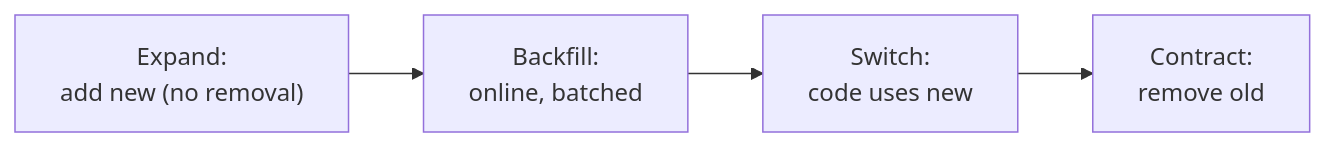
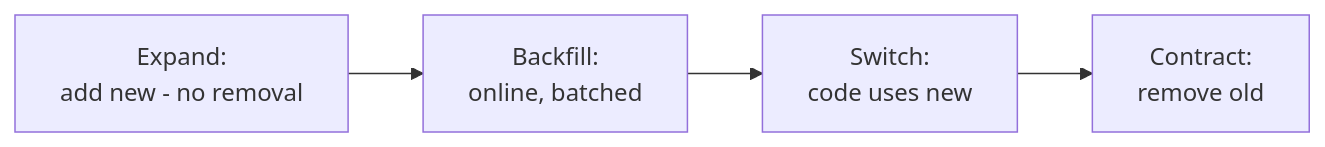
Before and after one commit to RIT-MESH/system-design-mastery: the first of 2 diagrams in docs/03-data-storage/06-migrations-backups.md, drawn with Mermaid. The commit also changed other lines of this file and 139 other files, not shown here.

First line of the commit message:
Fix Mermaid parse errors: replace parentheses in node labels across 140 files

````diff
--- a/docs/03-data-storage/06-migrations-backups.md
+++ b/docs/03-data-storage/06-migrations-backups.md
@@ -21,7 +21,7 @@
 ```mermaid
 %% created-for: system-design-mastery
 flowchart LR
-  E["Expand:<br/>add new (no removal)"] --> B["Backfill:<br/>online, batched"]
+  E["Expand:<br/>add new - no removal"] --> B["Backfill:<br/>online, batched"]
   B --> S["Switch:<br/>code uses new"]
   S --> C["Contract:<br/>remove old"]
 ```
````
